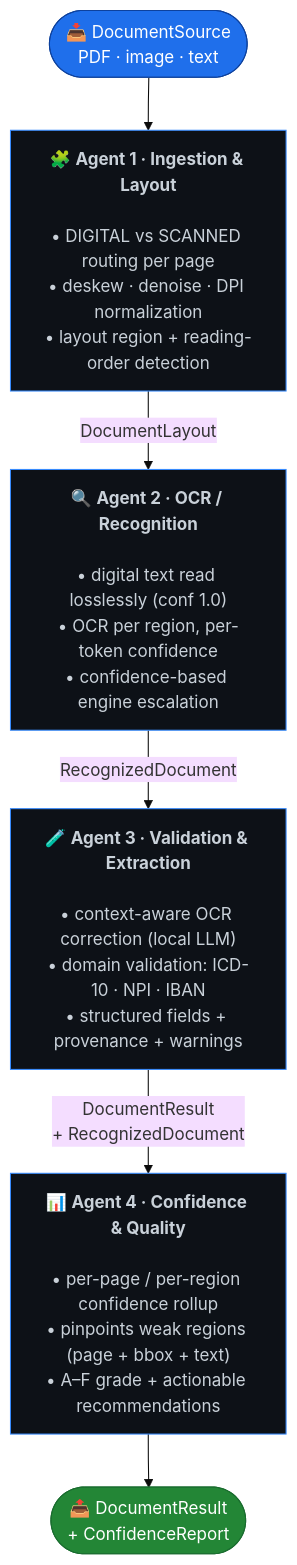
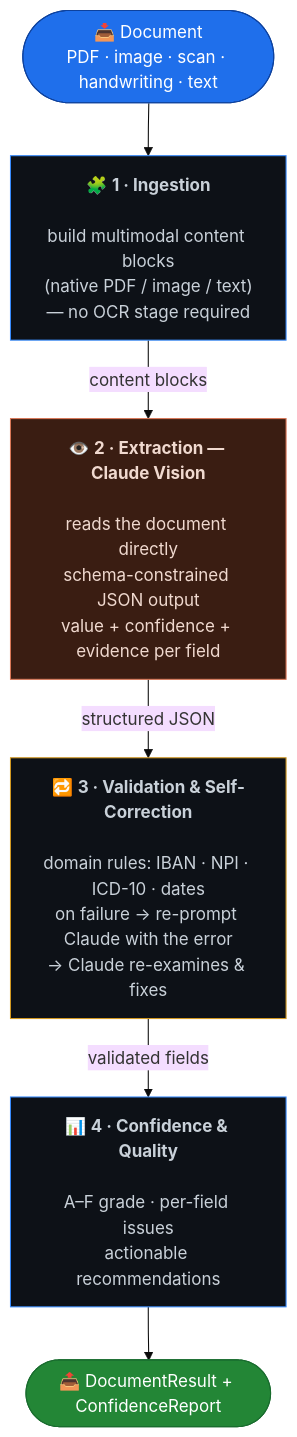
Before and after one commit to ighorj/agentic-documment-intelligence: the first of 3 diagrams in README.md, drawn with Mermaid (base theme). The commit also changed other lines of this file and 10 other files, not shown here.

First line of the commit message:
Add AI-native Claude extraction engine (vision + self-correction)

````diff
--- a/README.md
+++ b/README.md
@@ -71,24 +75,20 @@
 ```mermaid
 flowchart TD
-    SRC([📥 DocumentSource<br/>PDF · image · text])
+    SRC([📥 Document<br/>PDF · image · scan · handwriting · text])
 
-    A1["🧩 <b>Agent 1 · Ingestion &amp; Layout</b><br/><br/>• DIGITAL vs SCANNED routing per page<br/>• deskew · denoise · DPI normalization<br/>• layout region + reading-order detection"]
-    A2["🔍 <b>Agent 2 · OCR / Recognition</b><br/><br/>• digital text read losslessly (conf 1.0)<br/>• OCR per region, per-token confidence<br/>• confidence-based engine escalation"]
-    A3["🧪 <b>Agent 3 · Validation &amp; Extraction</b><br/><br/>• context-aware OCR correction (local LLM)<br/>• domain validation: ICD-10 · NPI · IBAN<br/>• structured fields + provenance + warnings"]
-    A4["📊 <b>Agent 4 · Confidence &amp; Quality</b><br/><br/>• per-page / per-region confidence rollup<br/>• pinpoints weak regions (page + bbox + text)<br/>• A–F grade + actionable recommendations"]
+    A1["🧩 <b>1 · Ingestion</b><br/><br/>build multimodal content blocks<br/>(native PDF / image / text)<br/>— no OCR stage required"]
+    A2["👁️ <b>2 · Extraction — Claude Vision</b><br/><br/>reads the document directly<br/>schema-constrained JSON output<br/>value + confidence + evidence per field"]
+    A3["🔁 <b>3 · Validation &amp; Self-Correction</b><br/><br/>domain rules: IBAN · NPI · ICD-10 · dates<br/>on failure → re-prompt Claude with the error<br/>→ Claude re-examines &amp; fixes"]
+    A4["📊 <b>4 · Confidence &amp; Quality</b><br/><br/>A–F grade · per-field issues<br/>actionable recommendations"]
 
-    OUT([📤 DocumentResult<br/>+ ConfidenceReport])
+    OUT([📤 DocumentResult + ConfidenceReport])
 
-    SRC --> A1
-    A1 -- "DocumentLayout" --> A2
-    A2 -- "RecognizedDocument" --> A3
-    A3 -- "DocumentResult<br/>+ RecognizedDocument" --> A4
-    A4 --> OUT
+    SRC --> A1 -->|content blocks| A2 -->|structured JSON| A3 -->|validated fields| A4 --> OUT
 
     style SRC fill:#1f6feb,stroke:#0d419d,color:#fff
     style OUT fill:#238636,stroke:#196c2e,color:#fff
     style A1 fill:#0d1117,stroke:#388bfd,color:#c9d1d9
-    style A2 fill:#0d1117,stroke:#388bfd,color:#c9d1d9
-    style A3 fill:#0d1117,stroke:#388bfd,color:#c9d1d9
+    style A2 fill:#3a1d12,stroke:#d97757,color:#f0d9cf
+    style A3 fill:#0d1117,stroke:#d29922,color:#c9d1d9
     style A4 fill:#0d1117,stroke:#388bfd,color:#c9d1d9
 ```
````
